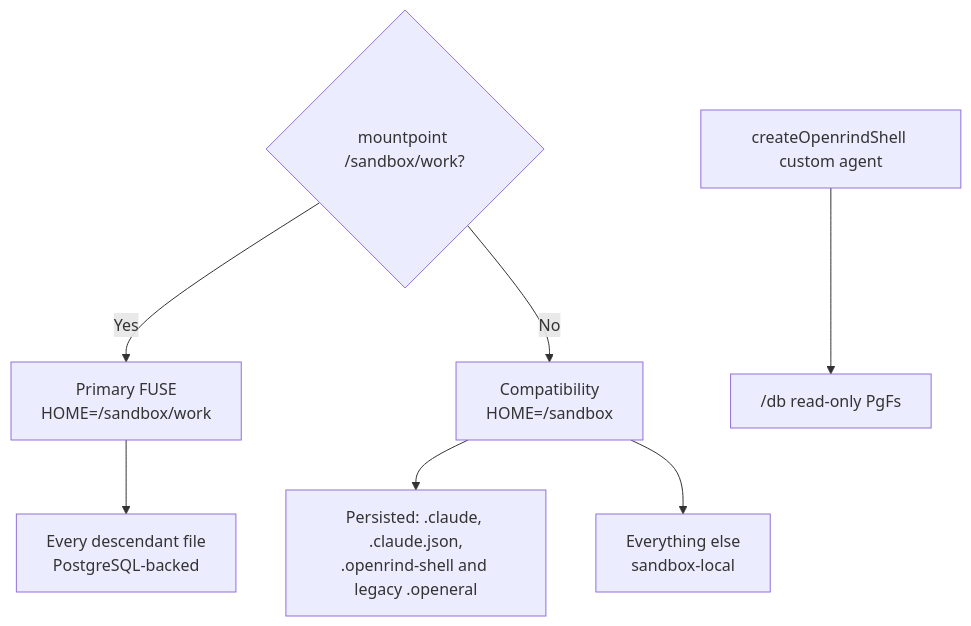
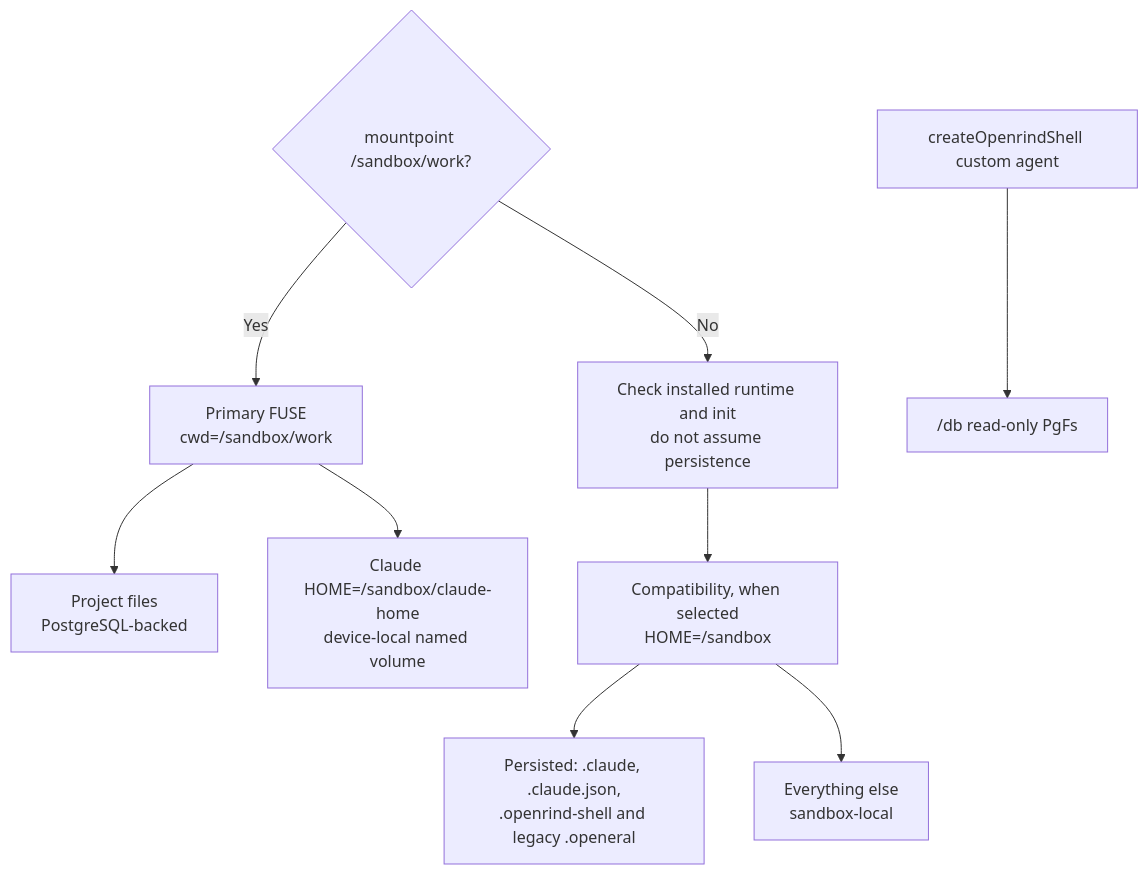
Before and after one commit to Pavitra-programmers/openeral: the diagram in .claude/skills/openrind-navigate/SKILL.md, drawn with Mermaid. The commit also changed other lines of this file and 27 other files, not shown here.

````diff
--- a/.claude/skills/openrind-navigate/SKILL.md
+++ b/.claude/skills/openrind-navigate/SKILL.md
@@ -20,10 +28,12 @@
 ```mermaid
 flowchart TB
   detect{"mountpoint /sandbox/work?"}
-  detect -->|Yes| primary["Primary FUSE<br/>HOME=/sandbox/work"]
-  primary --> all["Every descendant file<br/>PostgreSQL-backed"]
-  detect -->|No| compat["Compatibility<br/>HOME=/sandbox"]
+  detect -->|Yes| primary["Primary FUSE<br/>cwd=/sandbox/work"]
+  primary --> all["Project files<br/>PostgreSQL-backed"]
+  primary --> home["Claude HOME=/sandbox/claude-home<br/>device-local named volume"]
+  detect -->|No| check["Check installed runtime and init<br/>do not assume persistence"]
+  check --> compat["Compatibility, when selected<br/>HOME=/sandbox"]
   compat --> scoped["Persisted: .claude, .claude.json,<br/>.openrind-shell and legacy .openeral"]
   compat --> ephemeral["Everything else<br/>sandbox-local"]
   custom["createOpenrindShell custom agent"] --> db["/db read-only PgFs"]
 ```
````
